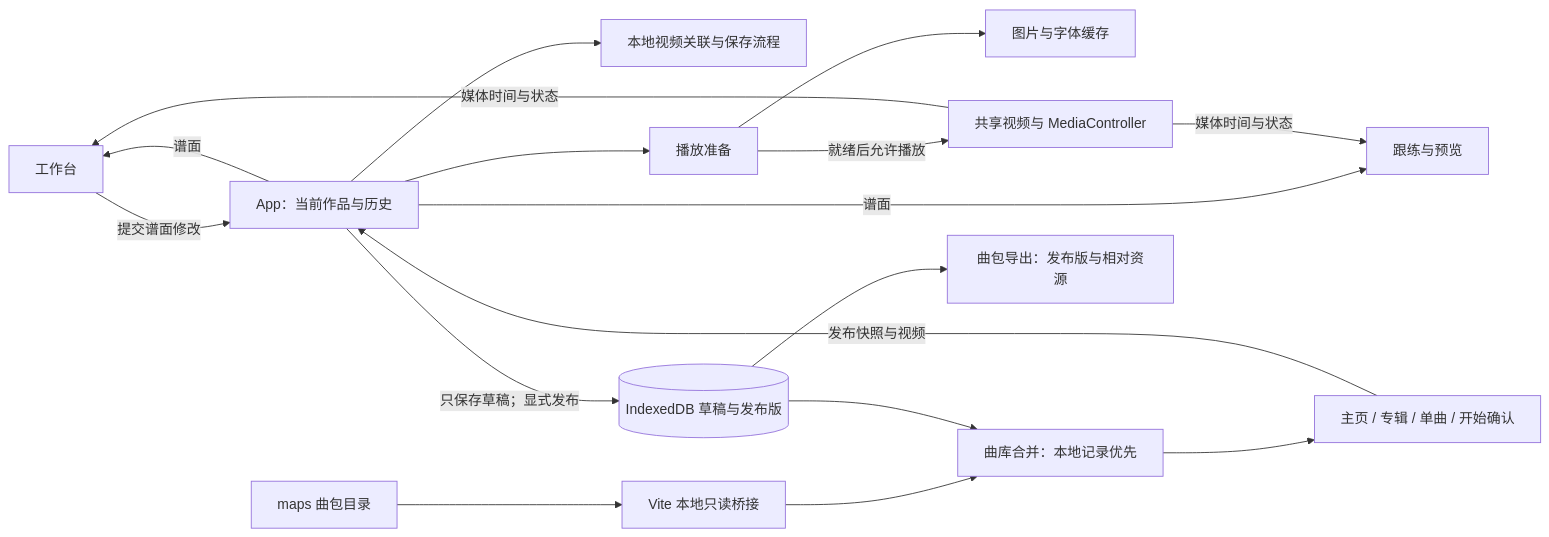
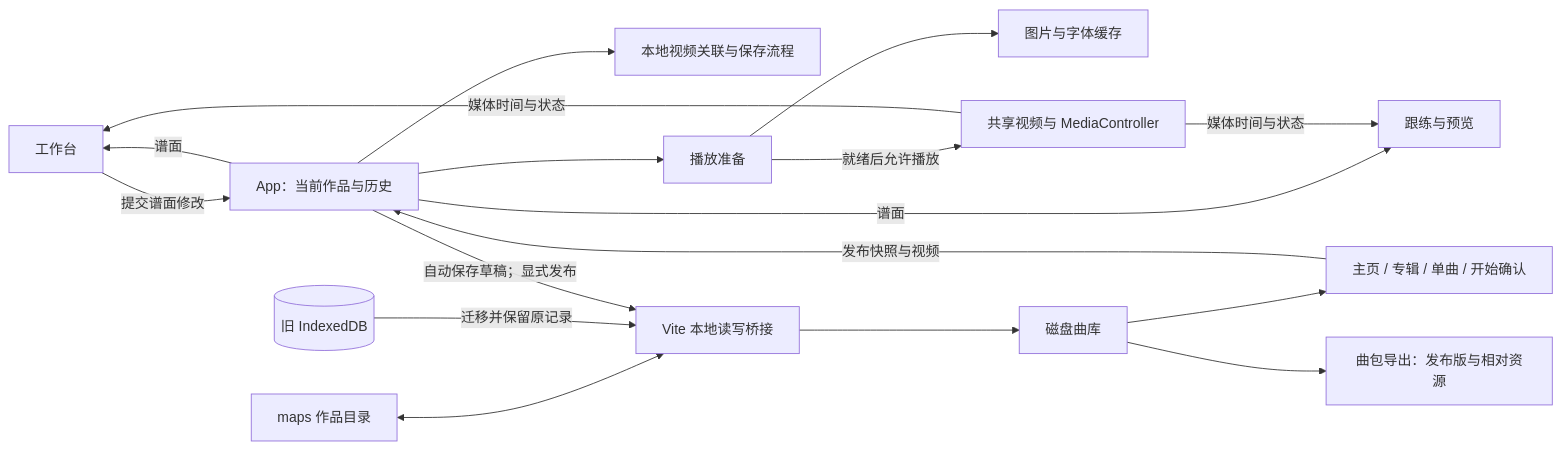
One commit to Bracer9/Waifu-Fit-Player changed the diagram in docs/HLD.md. Above: the diagram before and after it, drawn with Mermaid. The commit also changed other lines of this file and 79 other files, not shown here.

````diff
--- a/docs/HLD.md
+++ b/docs/HLD.md
@@ -13,19 +13,19 @@
 ```mermaid
 flowchart LR
   Editor[工作台] -->|提交谱面修改| App[App：当前作品与历史]
   App -->|谱面| Editor
   App -->|谱面| Player[跟练与预览]
   App --> Local[本地视频关联与保存流程]
   App --> Prep[播放准备]
   Prep --> Cache[图片与字体缓存]
   Prep -->|就绪后允许播放| Media[共享视频与 MediaController]
   Media -->|媒体时间与状态| Editor
   Media -->|媒体时间与状态| Player
-  Maps[maps 曲包目录] --> Bridge[Vite 本地只读桥接]
-  Bridge --> Library[曲库合并：本地记录优先]
-  DB[(IndexedDB 草稿与发布版)] --> Library
+  Maps[maps 作品目录] <--> Bridge[Vite 本地读写桥接]
+  Bridge --> Library[磁盘曲库]
+  DB[(旧 IndexedDB)] -->|迁移并保留原记录| Bridge
   Library --> Menu[主页 / 专辑 / 单曲 / 开始确认]
   Menu -->|发布快照与视频| App
-  App -->|只保存草稿；显式发布| DB
-  DB --> Export[曲包导出：发布版与相对资源]
+  App -->|自动保存草稿；显式发布| Bridge
+  Library --> Export[曲包导出：发布版与相对资源]
 ```
````
